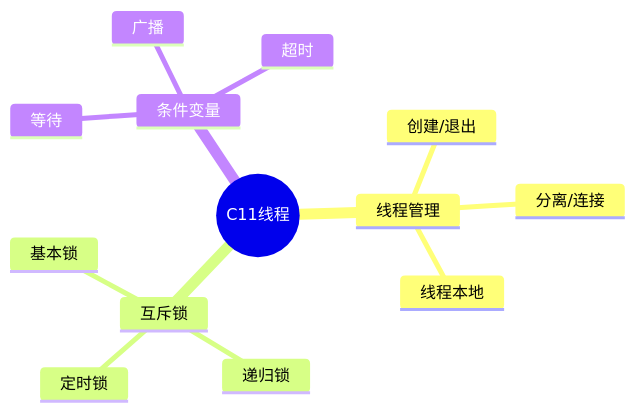
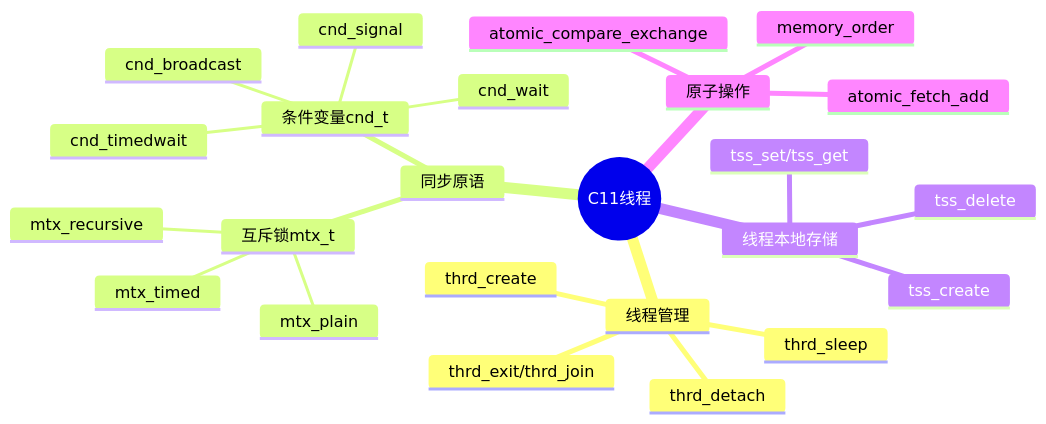
One commit to AdaMartin18010/C_Lang changed the first of 4 diagrams in knowledge/01_Core_Knowledge_System/04_Standard_Library_Layer/10_Threads_C11.md. Above: the diagram before and after it, drawn with Mermaid. The commit also changed other lines of this file and 10 other files, not shown here.

````diff
--- a/knowledge/01_Core_Knowledge_System/04_Standard_Library_Layer/10_Threads_C11.md
+++ b/knowledge/01_Core_Knowledge_System/04_Standard_Library_Layer/10_Threads_C11.md
@@ -23,16 +24,27 @@
 ```mermaid
 mindmap
   root((C11线程))
     线程管理
-      创建/退出
-      分离/连接
-      线程本地
-    互斥锁
-      基本锁
-      递归锁
-      定时锁
-    条件变量
-      等待
-      广播
-      超时
+      thrd_create
+      thrd_exit/thrd_join
+      thrd_detach
+      thrd_sleep
+    同步原语
+      互斥锁mtx_t
+        mtx_plain
+        mtx_recursive
+        mtx_timed
+      条件变量cnd_t
+        cnd_wait
+        cnd_signal
+        cnd_broadcast
+        cnd_timedwait
+    线程本地存储
+      tss_create
+      tss_set/tss_get
+      tss_delete
+    原子操作
+      memory_order
+      atomic_compare_exchange
+      atomic_fetch_add
 ```
````
